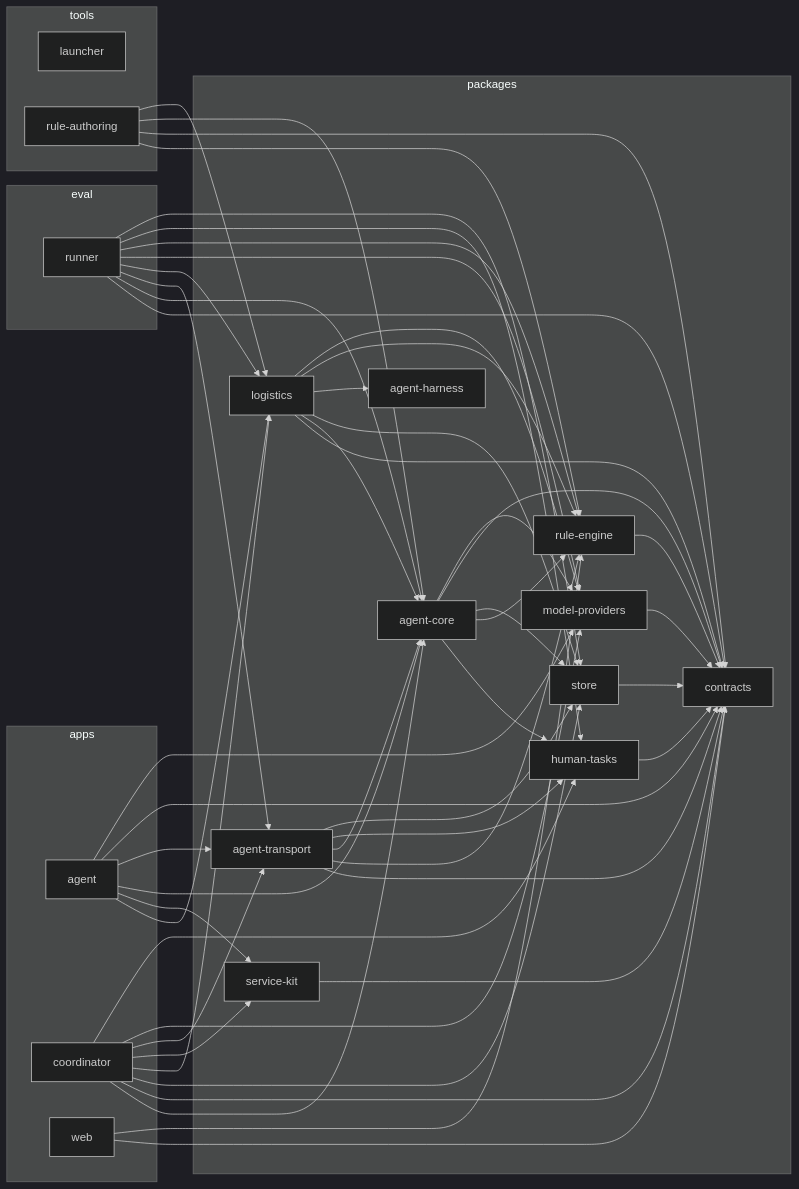
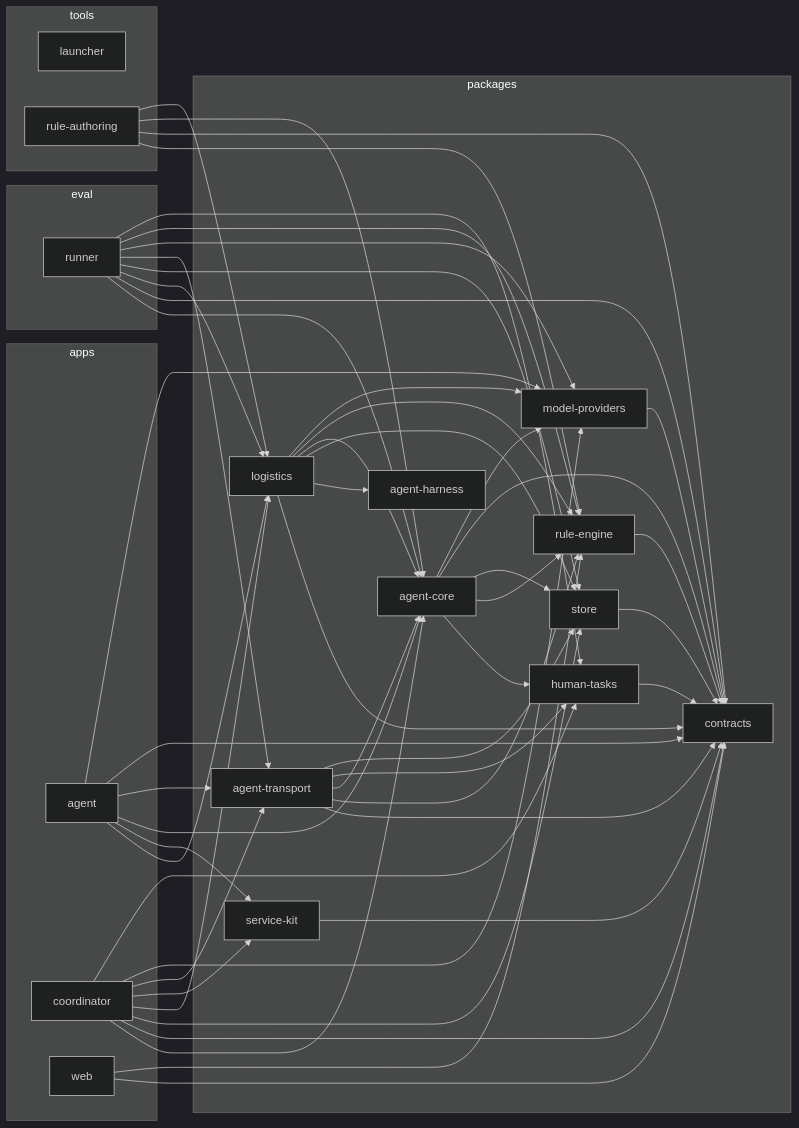
Before and after one commit to ClydeShen/durable-jev: the diagram in docs/architecture-graph.md, drawn with Mermaid (dark theme). The commit also changed other lines of this file and 11 other files, not shown here.

````diff
--- a/docs/architecture-graph.md
+++ b/docs/architecture-graph.md
@@ -7,77 +7,77 @@
 ```mermaid
 flowchart LR
 
 subgraph 0["apps"]
 1["agent"]
 2["coordinator"]
 3["web"]
 end
 subgraph 4["eval"]
 5["runner"]
 end
 subgraph 6["packages"]
 7["agent-core"]
 8["agent-harness"]
 9["agent-transport"]
 A["contracts"]
 B["human-tasks"]
 C["logistics"]
 D["model-providers"]
 E["rule-engine"]
 F["service-kit"]
 G["store"]
 end
 subgraph H["tools"]
 I["launcher"]
 J["rule-authoring"]
 end
 1-->C
 1-->F
 1-->7
 1-->9
 1-->A
 1-->D
 2-->7
 2-->A
 2-->G
 2-->C
 2-->F
 2-->9
 2-->D
 2-->B
 3-->A
 3-->E
+5-->7
 5-->A
-5-->7
+5-->C
+5-->G
 5-->9
-5-->C
 5-->D
 5-->E
 5-->B
-5-->G
 7-->B
 7-->E
 7-->G
 7-->A
 7-->D
 9-->A
 9-->E
 9-->7
 9-->B
 9-->G
 B-->A
 C-->A
+C-->8
+C-->G
 C-->7
-C-->G
-C-->8
 C-->E
 C-->D
 D-->A
 E-->A
 F-->A
 G-->A
 J-->E
 J-->A
 J-->7
 J-->C
 ```
````
